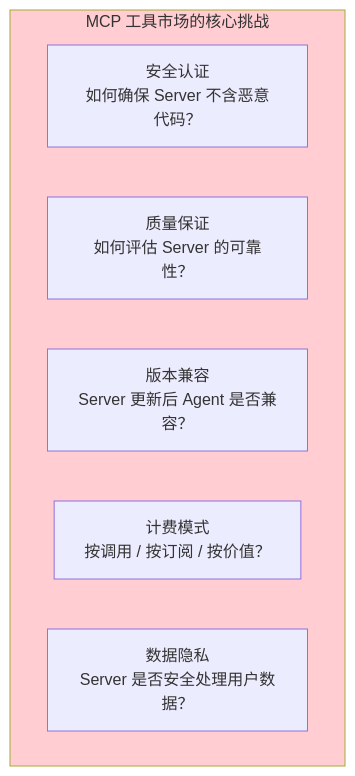
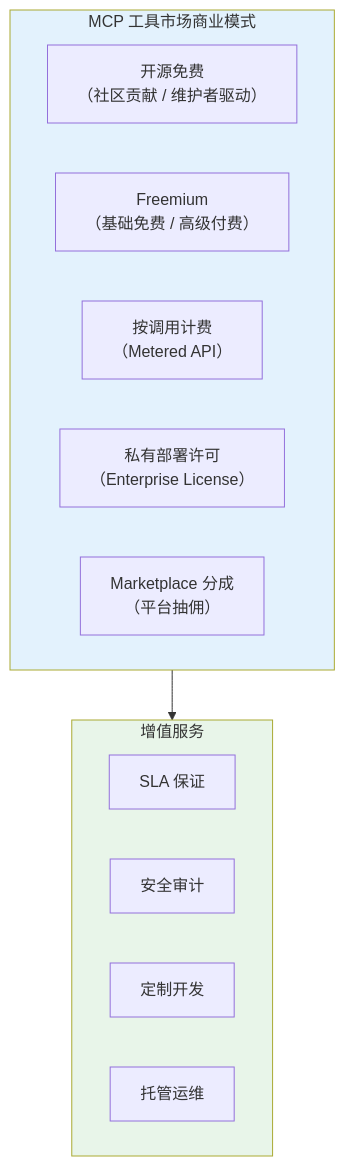
Diagram 16 of 21 in docs/前沿/04-MCP生态全景.md (UranusGit/java-agent-learn), drawn with Mermaid before and after one commit. The commit also changed other lines of this file and 4 other files, not shown here.

````diff
--- a/docs/前沿/04-MCP生态全景.md
+++ b/docs/前沿/04-MCP生态全景.md
@@ -377,12 +584,22 @@
 ```mermaid
 graph TB
-    subgraph 挑战["MCP 工具市场的核心挑战"]
-        C1["安全认证<br/>如何确保 Server 不含恶意代码？"]
-        C2["质量保证<br/>如何评估 Server 的可靠性？"]
-        C3["版本兼容<br/>Server 更新后 Agent 是否兼容？"]
-        C4["计费模式<br/>按调用 / 按订阅 / 按价值？"]
-        C5["数据隐私<br/>Server 是否安全处理用户数据？"]
+    subgraph 商业模式["MCP 工具市场商业模式"]
+        B1["开源免费<br/>（社区贡献 / 维护者驱动）"]
+        B2["Freemium<br/>（基础免费 / 高级付费）"]
+        B3["按调用计费<br/>（Metered API）"]
+        B4["私有部署许可<br/>（Enterprise License）"]
+        B5["Marketplace 分成<br/>（平台抽佣）"]
     end
 
-    style 挑战 fill:#ffcdd2
+    subgraph 增值服务["增值服务"]
+        V1["SLA 保证"]
+        V2["安全审计"]
+        V3["定制开发"]
+        V4["托管运维"]
+    end
+
+    商业模式 --> 增值服务
+
+    style 商业模式 fill:#e3f2fd
+    style 增值服务 fill:#e8f5e9
 ```
````
